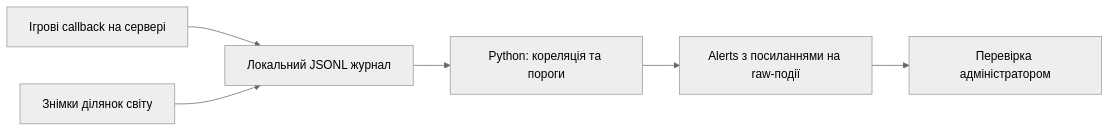
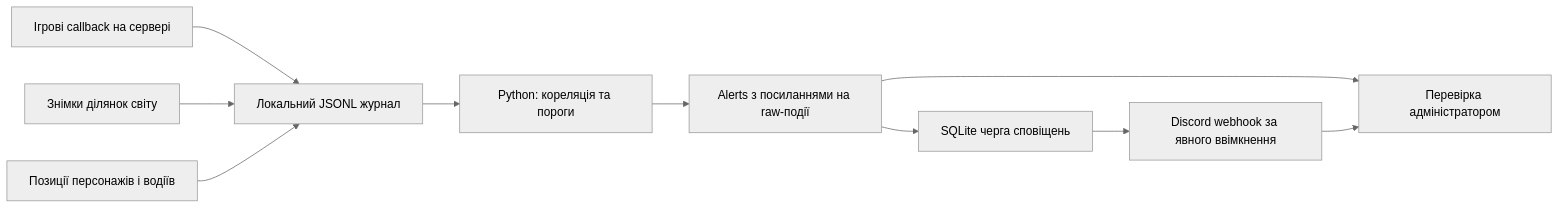
Before and after one commit to Who-I-Am232/Checker-: the diagram in docs/DESIGN_UK.md, drawn with Mermaid (neutral theme). The commit also changed other lines of this file and 19 other files, not shown here.

First line of the commit message:
Add movement anomaly detection and durable Discord webhook notifications

````diff
--- a/docs/DESIGN_UK.md
+++ b/docs/DESIGN_UK.md
@@ -7,8 +7,12 @@
 ```mermaid
 flowchart LR
     A[Ігрові callback на сервері] --> J[Локальний JSONL журнал]
     B[Знімки ділянок світу] --> J
+    M[Позиції персонажів і водіїв] --> J
     J --> P[Python: кореляція та пороги]
     P --> R[Alerts з посиланнями на raw-події]
     R --> H[Перевірка адміністратором]
+    R --> Q[SQLite черга сповіщень]
+    Q --> D[Discord webhook за явного ввімкнення]
+    D --> H
 ```
````
